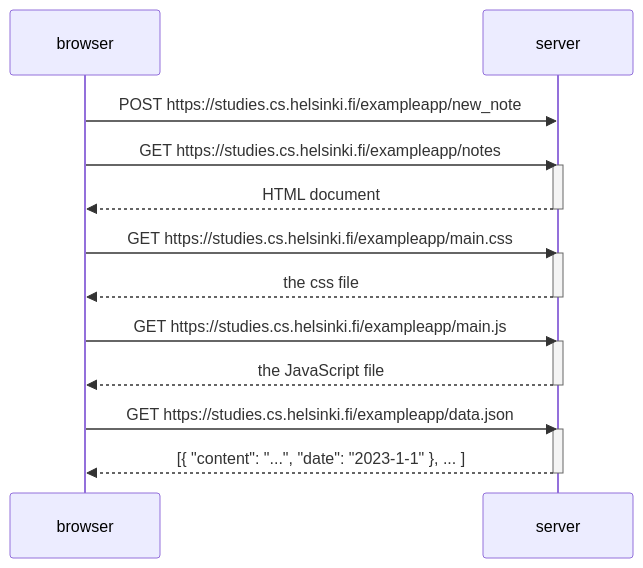
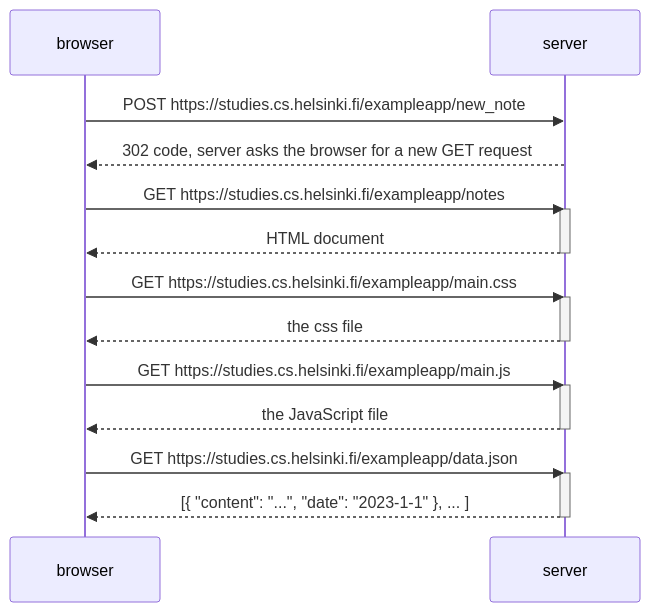
Before and after one commit to dwahroianmai/fullstackopen: the diagram in part0/new_note04.md, drawn with Mermaid.

Commit message:
edit first block, add request from server to browser

````diff
--- a/part0/new_note04.md
+++ b/part0/new_note04.md
@@ -3,28 +3,29 @@
 ```mermaid
 sequenceDiagram
     participant browser
     participant server
 
     browser->>server: POST https://studies.cs.helsinki.fi/exampleapp/new_note
+    server-->>browser: 302 code, server asks the browser for a new GET request
 
     browser->>server: GET https://studies.cs.helsinki.fi/exampleapp/notes
     activate server
     server-->>browser: HTML document
     deactivate server
 
     browser->>server: GET https://studies.cs.helsinki.fi/exampleapp/main.css
     activate server
     server-->>browser: the css file
     deactivate server
 
     browser->>server: GET https://studies.cs.helsinki.fi/exampleapp/main.js
     activate server
     server-->>browser: the JavaScript file
     deactivate server
 
     browser->>server: GET https://studies.cs.helsinki.fi/exampleapp/data.json
     activate server
     server-->>browser: [{ "content": "...", "date": "2023-1-1" }, ... ]
     deactivate server
 
 ```
````
